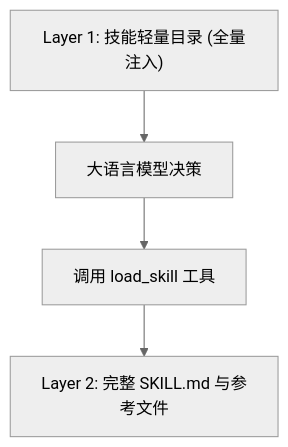
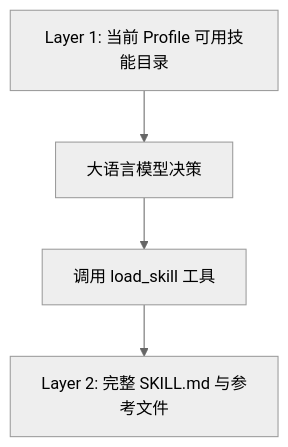
One commit to team4u/helm changed the third of 3 diagrams in docs/plugins/assistant.md. Above: the diagram before and after it, drawn with Mermaid (neutral theme). The commit also changed other lines of this file and 5 other files, not shown here.

````diff
--- a/docs/plugins/assistant.md
+++ b/docs/plugins/assistant.md
@@ -156,6 +156,6 @@
 ```mermaid
 flowchart TD
-    Catalog["Layer 1: 技能轻量目录 (全量注入)"] --> Model["大语言模型决策"]
+    Catalog["Layer 1: 当前 Profile 可用技能目录"] --> Model["大语言模型决策"]
     Model --> Tool["调用 load_skill 工具"]
     Tool --> Detail["Layer 2: 完整 SKILL.md 与参考文件"]
 ```
````
